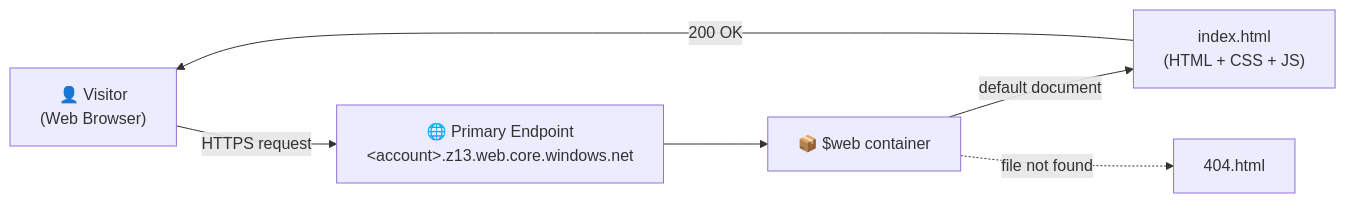
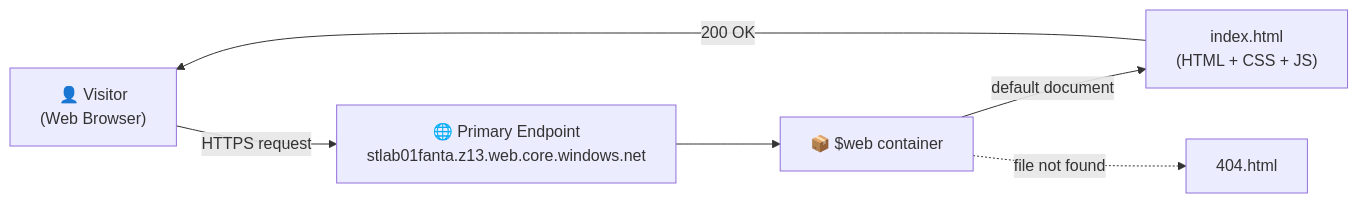
The first of 2 diagrams in README.md (Fantabeser/lab-01-azure-static-website), drawn with Mermaid before and after one commit. The commit also changed other lines of this file, not shown here.

````diff
--- a/README.md
+++ b/README.md
@@ -39,8 +39,8 @@
 ```mermaid
 flowchart LR
-    U["👤 Visitor<br/>(Web Browser)"] -->|"HTTPS request"| E["🌐 Primary Endpoint<br/>&lt;account&gt;.z13.web.core.windows.net"]
+    U["👤 Visitor<br/>(Web Browser)"] -->|"HTTPS request"| E["🌐 Primary Endpoint<br/>stlab01fanta.z13.web.core.windows.net"]
     E --> W["📦 $web container"]
     W -->|"default document"| I["index.html<br/>(HTML + CSS + JS)"]
     W -.->|"file not found"| N["404.html"]
     I -->|"200 OK"| U
 ```
````
